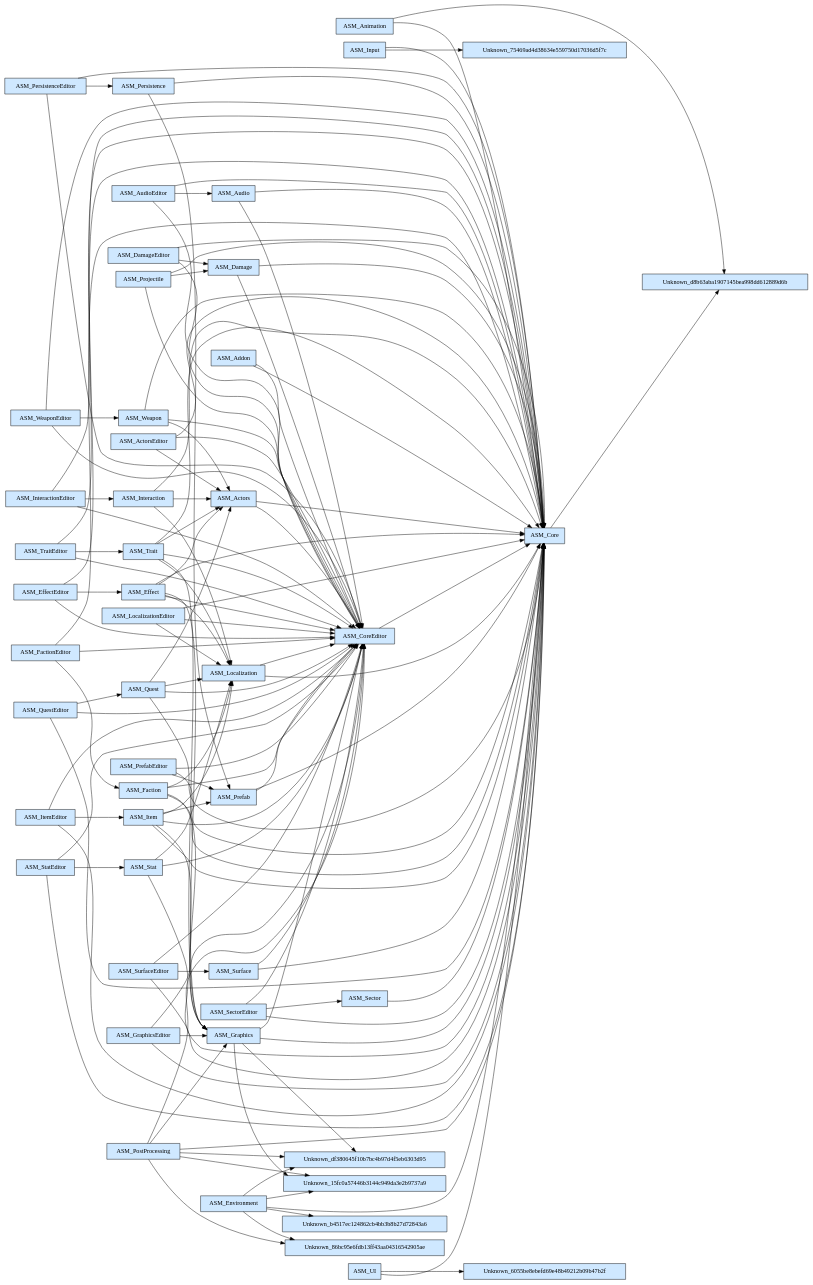
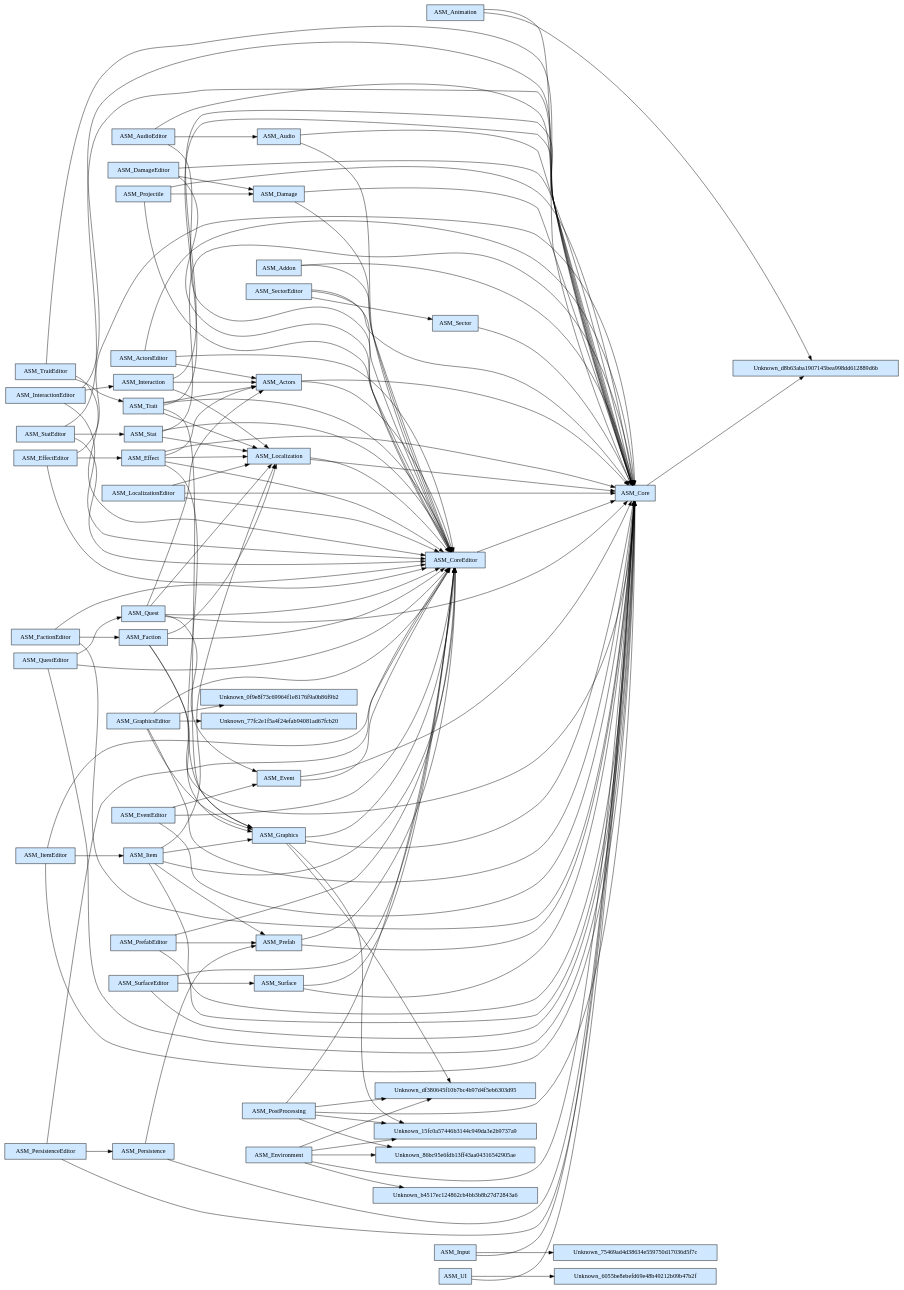
Before and after one commit to cnkblgn/com.cenkbilgin.core: the diagram in Docs~/AssemblyGraph.dot, drawn with Graphviz. The commit also changed 5 other files, not shown here.

```diff
--- a/Docs~/AssemblyGraph.dot
+++ b/Docs~/AssemblyGraph.dot
@@ -1,131 +1,132 @@
 digraph Assemblies
 {
   rankdir=LR;
   node [shape=box, style=filled, fillcolor="#cfe8ff"];
   "ASM_Actors" -> "ASM_Core";
   "ASM_Actors" -> "ASM_CoreEditor";
   "ASM_ActorsEditor" -> "ASM_Core";
   "ASM_ActorsEditor" -> "ASM_CoreEditor";
   "ASM_ActorsEditor" -> "ASM_Actors";
   "ASM_Addon" -> "ASM_Core";
   "ASM_Addon" -> "ASM_CoreEditor";
   "ASM_Animation" -> "Unknown_d8b63aba1907145bea998dd612889d6b";
   "ASM_Animation" -> "ASM_Core";
   "ASM_Audio" -> "ASM_Core";
   "ASM_Audio" -> "ASM_CoreEditor";
   "ASM_AudioEditor" -> "ASM_Core";
   "ASM_AudioEditor" -> "ASM_CoreEditor";
   "ASM_AudioEditor" -> "ASM_Audio";
   "ASM_Core" -> "Unknown_d8b63aba1907145bea998dd612889d6b";
   "ASM_CoreEditor" -> "ASM_Core";
   "ASM_Damage" -> "ASM_Core";
   "ASM_Damage" -> "ASM_CoreEditor";
   "ASM_DamageEditor" -> "ASM_Core";
   "ASM_DamageEditor" -> "ASM_CoreEditor";
   "ASM_DamageEditor" -> "ASM_Damage";
   "ASM_Effect" -> "ASM_Core";
   "ASM_Effect" -> "ASM_CoreEditor";
   "ASM_Effect" -> "ASM_Graphics";
   "ASM_Effect" -> "ASM_Localization";
   "ASM_Effect" -> "ASM_Actors";
   "ASM_EffectEditor" -> "ASM_Core";
   "ASM_EffectEditor" -> "ASM_CoreEditor";
   "ASM_EffectEditor" -> "ASM_Effect";
   "ASM_Environment" -> "ASM_Core";
   "ASM_Environment" -> "Unknown_df380645f10b7bc4b97d4f5eb6303d95";
   "ASM_Environment" -> "Unknown_15fc0a57446b3144c949da3e2b9737a9";
   "ASM_Environment" -> "Unknown_b4517ec124862cb4bb3b8b27d72843a6";
   "ASM_Environment" -> "Unknown_86bc95e6fdb13ff43aa04316542905ae";
+  "ASM_Event" -> "ASM_Core";
+  "ASM_Event" -> "ASM_CoreEditor";
+  "ASM_EventEditor" -> "ASM_Core";
+  "ASM_EventEditor" -> "ASM_CoreEditor";
+  "ASM_EventEditor" -> "ASM_Event";
   "ASM_Faction" -> "ASM_Core";
   "ASM_Faction" -> "ASM_CoreEditor";
   "ASM_Faction" -> "ASM_Localization";
   "ASM_Faction" -> "ASM_Graphics";
   "ASM_FactionEditor" -> "ASM_Core";
   "ASM_FactionEditor" -> "ASM_CoreEditor";
   "ASM_FactionEditor" -> "ASM_Faction";
   "ASM_Graphics" -> "Unknown_15fc0a57446b3144c949da3e2b9737a9";
   "ASM_Graphics" -> "Unknown_df380645f10b7bc4b97d4f5eb6303d95";
   "ASM_Graphics" -> "ASM_Core";
   "ASM_Graphics" -> "ASM_CoreEditor";
   "ASM_GraphicsEditor" -> "ASM_Core";
   "ASM_GraphicsEditor" -> "ASM_CoreEditor";
   "ASM_GraphicsEditor" -> "ASM_Graphics";
+  "ASM_GraphicsEditor" -> "Unknown_77fc2e1f5a4f24efab94081ad67fcb20";
+  "ASM_GraphicsEditor" -> "Unknown_0f9e8f73c69964f1e8176f9a0b86f9b2";
   "ASM_Input" -> "Unknown_75469ad4d38634e559750d17036d5f7c";
   "ASM_Input" -> "ASM_Core";
   "ASM_Interaction" -> "ASM_Core";
   "ASM_Interaction" -> "ASM_Actors";
   "ASM_Interaction" -> "ASM_Localization";
   "ASM_InteractionEditor" -> "ASM_Core";
   "ASM_InteractionEditor" -> "ASM_CoreEditor";
   "ASM_InteractionEditor" -> "ASM_Interaction";
   "ASM_Item" -> "ASM_Core";
   "ASM_Item" -> "ASM_CoreEditor";
   "ASM_Item" -> "ASM_Prefab";
   "ASM_Item" -> "ASM_Localization";
   "ASM_Item" -> "ASM_Graphics";
   "ASM_ItemEditor" -> "ASM_Core";
   "ASM_ItemEditor" -> "ASM_CoreEditor";
   "ASM_ItemEditor" -> "ASM_Item";
   "ASM_Localization" -> "ASM_Core";
   "ASM_Localization" -> "ASM_CoreEditor";
   "ASM_LocalizationEditor" -> "ASM_Core";
   "ASM_LocalizationEditor" -> "ASM_CoreEditor";
   "ASM_LocalizationEditor" -> "ASM_Localization";
   "ASM_Persistence" -> "ASM_Core";
   "ASM_Persistence" -> "ASM_Prefab";
   "ASM_PersistenceEditor" -> "ASM_Core";
   "ASM_PersistenceEditor" -> "ASM_CoreEditor";
   "ASM_PersistenceEditor" -> "ASM_Persistence";
   "ASM_PostProcessing" -> "ASM_Core";
   "ASM_PostProcessing" -> "ASM_CoreEditor";
-  "ASM_PostProcessing" -> "ASM_Graphics";
   "ASM_PostProcessing" -> "Unknown_df380645f10b7bc4b97d4f5eb6303d95";
   "ASM_PostProcessing" -> "Unknown_15fc0a57446b3144c949da3e2b9737a9";
   "ASM_PostProcessing" -> "Unknown_86bc95e6fdb13ff43aa04316542905ae";
   "ASM_Prefab" -> "ASM_Core";
   "ASM_Prefab" -> "ASM_CoreEditor";
   "ASM_PrefabEditor" -> "ASM_Core";
   "ASM_PrefabEditor" -> "ASM_CoreEditor";
   "ASM_PrefabEditor" -> "ASM_Prefab";
   "ASM_Projectile" -> "ASM_Core";
   "ASM_Projectile" -> "ASM_CoreEditor";
   "ASM_Projectile" -> "ASM_Damage";
   "ASM_Quest" -> "ASM_Core";
   "ASM_Quest" -> "ASM_CoreEditor";
   "ASM_Quest" -> "ASM_Localization";
   "ASM_Quest" -> "ASM_Actors";
+  "ASM_Quest" -> "ASM_Event";
   "ASM_QuestEditor" -> "ASM_Core";
   "ASM_QuestEditor" -> "ASM_CoreEditor";
   "ASM_QuestEditor" -> "ASM_Quest";
   "ASM_Sector" -> "ASM_Core";
   "ASM_SectorEditor" -> "ASM_Core";
   "ASM_SectorEditor" -> "ASM_CoreEditor";
   "ASM_SectorEditor" -> "ASM_Sector";
   "ASM_Stat" -> "ASM_Core";
   "ASM_Stat" -> "ASM_CoreEditor";
   "ASM_Stat" -> "ASM_Localization";
   "ASM_StatEditor" -> "ASM_Core";
   "ASM_StatEditor" -> "ASM_CoreEditor";
   "ASM_StatEditor" -> "ASM_Stat";
   "ASM_Surface" -> "ASM_Core";
   "ASM_Surface" -> "ASM_CoreEditor";
   "ASM_SurfaceEditor" -> "ASM_Core";
   "ASM_SurfaceEditor" -> "ASM_CoreEditor";
   "ASM_SurfaceEditor" -> "ASM_Surface";
   "ASM_Trait" -> "ASM_Core";
   "ASM_Trait" -> "ASM_CoreEditor";
   "ASM_Trait" -> "ASM_Actors";
   "ASM_Trait" -> "ASM_Localization";
   "ASM_Trait" -> "ASM_Graphics";
   "ASM_TraitEditor" -> "ASM_Core";
   "ASM_TraitEditor" -> "ASM_CoreEditor";
   "ASM_TraitEditor" -> "ASM_Trait";
+  "ASM_UI" -> "ASM_Core";
   "ASM_UI" -> "Unknown_6055be8ebefd69e48b49212b09b47b2f";
-  "ASM_UI" -> "ASM_Core";
-  "ASM_Weapon" -> "ASM_Core";
-  "ASM_Weapon" -> "ASM_CoreEditor";
-  "ASM_Weapon" -> "ASM_Actors";
-  "ASM_WeaponEditor" -> "ASM_Core";
-  "ASM_WeaponEditor" -> "ASM_CoreEditor";
-  "ASM_WeaponEditor" -> "ASM_Weapon";
 }
```
